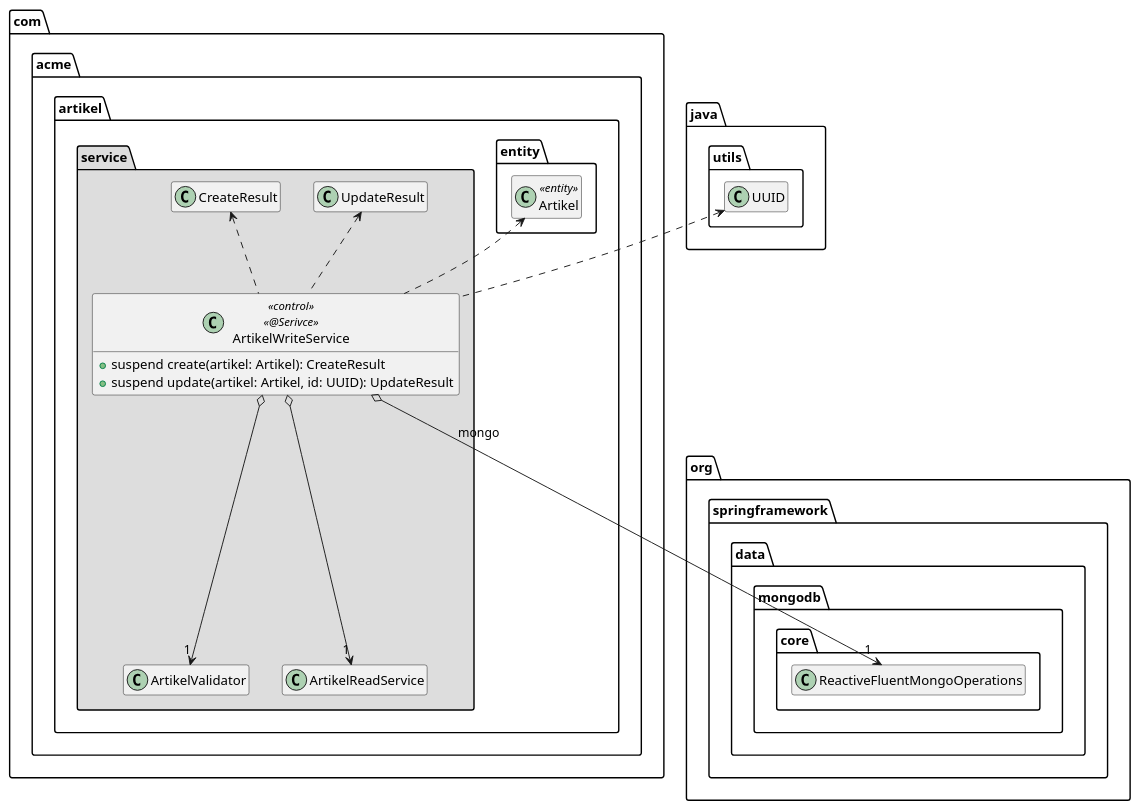
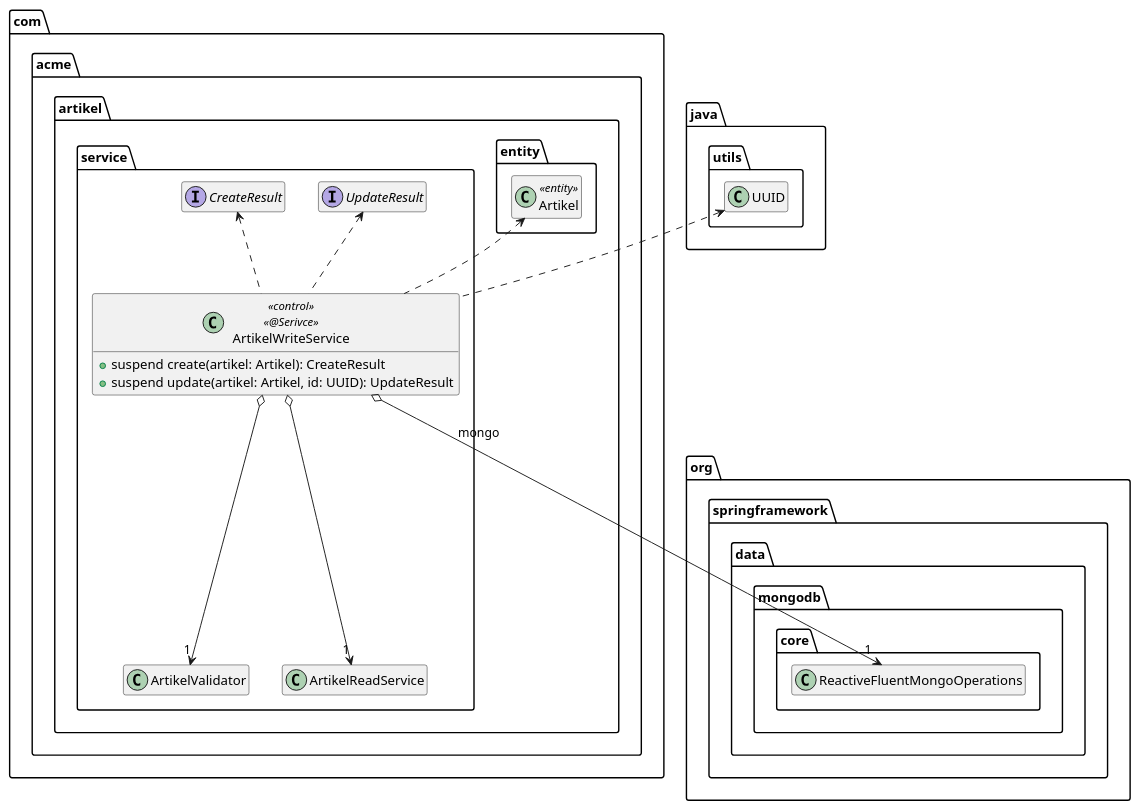
Before and after one commit to AlexanderStecknitz/Softwarearchitektur-Springframework: the diagram in extras/doc/ArtikelWriteService.puml, drawn with PlantUML. The commit also changed 14 other files, not shown here.

```diff
--- a/extras/doc/ArtikelWriteService.puml
+++ b/extras/doc/ArtikelWriteService.puml
@@ -1,41 +1,41 @@
 @startuml ArtikelWriteService
 
 package org.springframework.data.mongodb.core {
     class ReactiveFluentMongoOperations
 }
 
 package java.utils {
     class UUID
 }
 
 package com.acme.artikel {
 
     package entity {
             class Artikel << entity >>
         }
 
-    package service #DDDDDD {
+    package service {
         class ArtikelValidator
         class ArtikelReadService
-        class CreateResult
-        class UpdateResult
+        interface CreateResult
+        interface UpdateResult
 
         class ArtikelWriteService << control >> << @Serivce >> {
             + suspend create(artikel: Artikel): CreateResult
             + suspend update(artikel: Artikel, id: UUID): UpdateResult
         }
 
         ArtikelWriteService o-down-> "1" ArtikelValidator
         ArtikelWriteService o--> "1" ArtikelReadService
         ArtikelWriteService .up.> Artikel
         ArtikelWriteService .up.> CreateResult
         ArtikelWriteService .up.> UpdateResult
         ArtikelWriteService .up.> UUID
         ArtikelWriteService o--> "1" ReactiveFluentMongoOperations : mongo
 
     }
 }
 
 hide empty members
 
 @enduml
```
